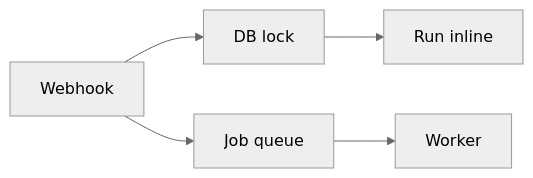
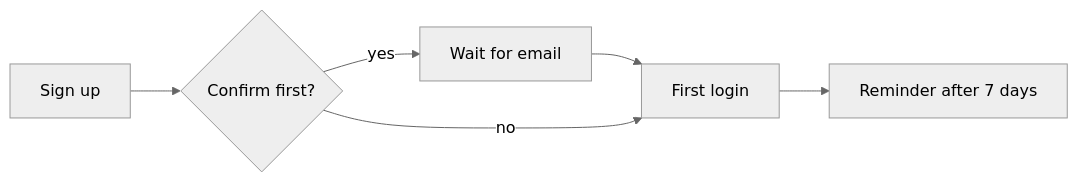
Before and after one commit to SolenesInc/attn: the diagram in internal/prompts/content/ask/example.md, drawn with Mermaid (neutral theme). The commit also changed other lines of this file and 2 other files, not shown here.

First line of the commit message:
Ask example: a signup choice instead of the webhook retry case

````diff
--- a/internal/prompts/content/ask/example.md
+++ b/internal/prompts/content/ask/example.md
@@ -3,5 +3,6 @@
 ```mermaid
 flowchart LR
-  A[Webhook] --> B[DB lock] --> C[Run inline]
-  A --> D[Job queue] --> E[Worker]
+  A[Sign up] --> B{Confirm first?}
+  B -- yes --> C[Wait for email] --> D[First login]
+  B -- no --> D --> E[Reminder after 7 days]
 ```
````
